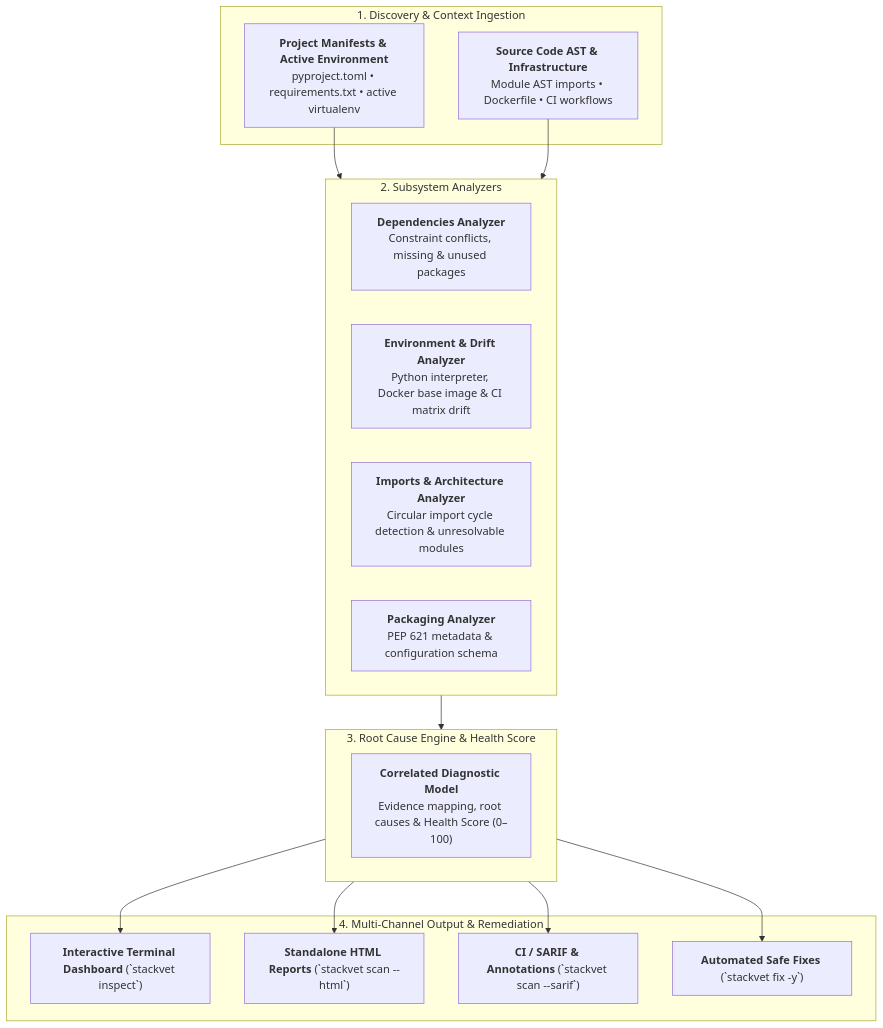
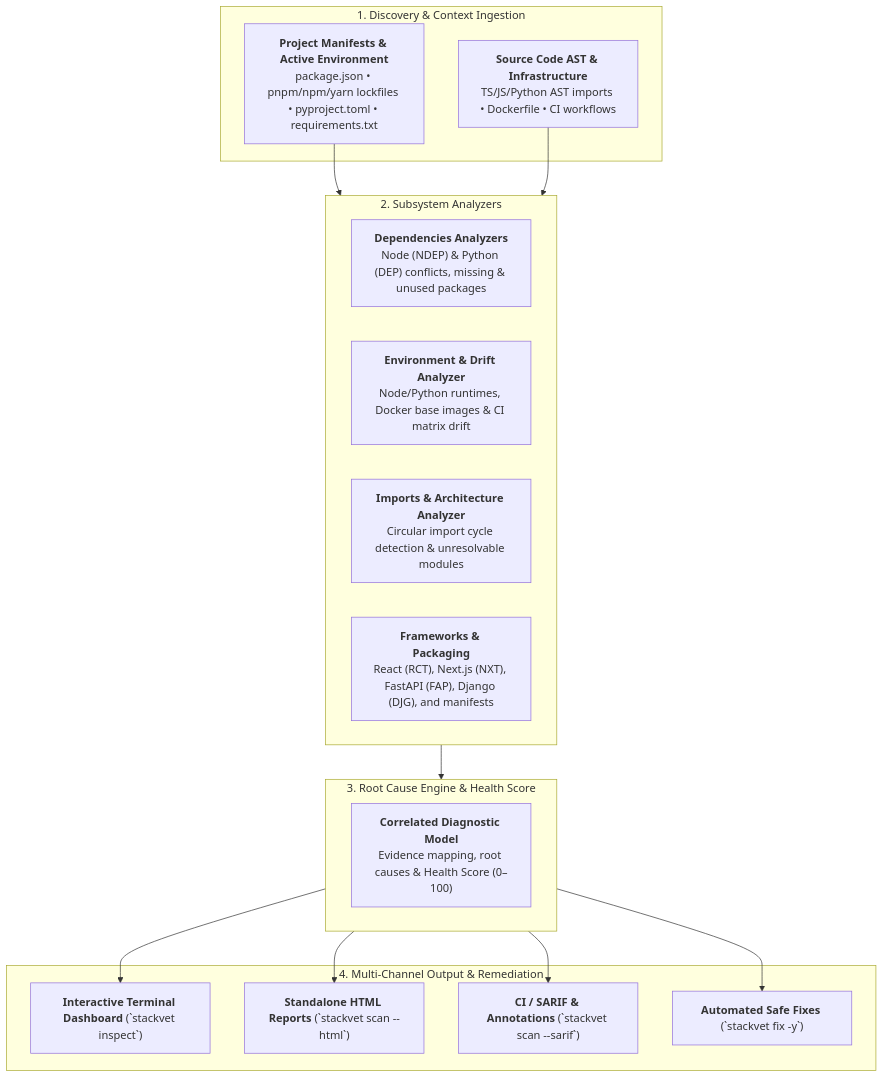
Before and after one commit to inzamol/stackvet: the diagram in docs/index.md, drawn with Mermaid. The commit also changed other lines of this file and 1 other file, not shown here.

Commit message:
docs: balance documentation across Node.js, TypeScript, and Python

````diff
--- a/docs/index.md
+++ b/docs/index.md
@@ -23,33 +24,33 @@
 ```mermaid
 flowchart TD
     subgraph Discovery["1. Discovery & Context Ingestion"]
-        A["<b>Project Manifests & Active Environment</b><br/>pyproject.toml • requirements.txt • active virtualenv"]
-        B["<b>Source Code AST & Infrastructure</b><br/>Module AST imports • Dockerfile • CI workflows"]
+        A["<b>Project Manifests & Active Environment</b><br/>package.json • pnpm/npm/yarn lockfiles • pyproject.toml • requirements.txt"]
+        B["<b>Source Code AST & Infrastructure</b><br/>TS/JS/Python AST imports • Dockerfile • CI workflows"]
     end
 
     subgraph Analyzers["2. Subsystem Analyzers"]
-        C["<b>Dependencies Analyzer</b><br/>Constraint conflicts, missing & unused packages"]
-        D["<b>Environment & Drift Analyzer</b><br/>Python interpreter, Docker base image & CI matrix drift"]
+        C["<b>Dependencies Analyzers</b><br/>Node (NDEP) & Python (DEP) conflicts, missing & unused packages"]
+        D["<b>Environment & Drift Analyzer</b><br/>Node/Python runtimes, Docker base images & CI matrix drift"]
         E["<b>Imports & Architecture Analyzer</b><br/>Circular import cycle detection & unresolvable modules"]
-        F["<b>Packaging Analyzer</b><br/>PEP 621 metadata & configuration schema"]
+        F["<b>Frameworks & Packaging</b><br/>React (RCT), Next.js (NXT), FastAPI (FAP), Django (DJG), and manifests"]
     end
 
     subgraph Correlator["3. Root Cause Engine & Health Score"]
         G["<b>Correlated Diagnostic Model</b><br/>Evidence mapping, root causes & Health Score (0–100)"]
     end
 
     subgraph Output["4. Multi-Channel Output & Remediation"]
         H["<b>Interactive Terminal Dashboard</b> (`stackvet inspect`)"]
         I["<b>Standalone HTML Reports</b> (`stackvet scan --html`)"]
         J["<b>CI / SARIF & Annotations</b> (`stackvet scan --sarif`)"]
         K["<b>Automated Safe Fixes</b> (`stackvet fix -y`)"]
     end
 
     A --> Analyzers
     B --> Analyzers
     Analyzers --> Correlator
     Correlator --> H
     Correlator --> I
     Correlator --> J
     Correlator --> K
 ```
````
